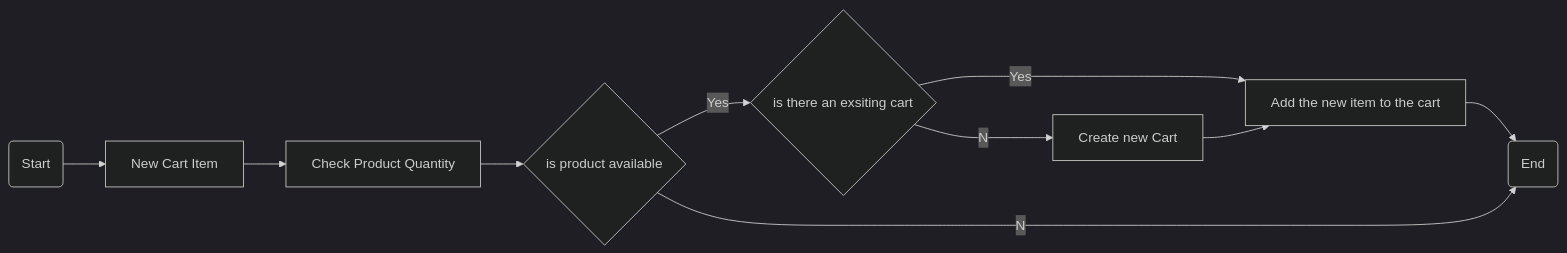
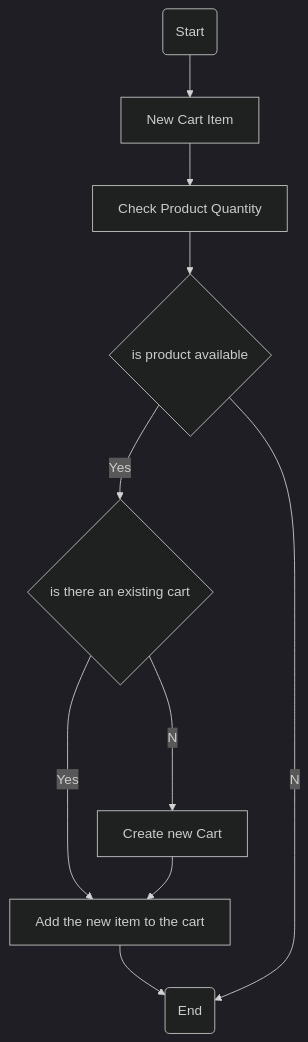
One commit to Moudybasha/Checkout changed the first of 4 diagrams in README.Md. Above: the diagram before and after it, drawn with Mermaid (dark theme).

Commit message:
read me update

````diff
--- a/README.Md
+++ b/README.Md
@@ -60,12 +60,12 @@
 ```mermaid
-graph LR
+graph TD
 A(Start) --> B[New Cart Item]
 B --> C[Check Product Quantity]
 C --> D{is product available}
-D --Yes--> G{is there an exsiting cart}
+D --Yes--> G{is there an existing cart}
 G --Yes--> F[Add the new item to the cart]
 G --No--> H[Create new Cart]
 H --> F
 F --> I(End)
 D --No--> I
 ```
````
